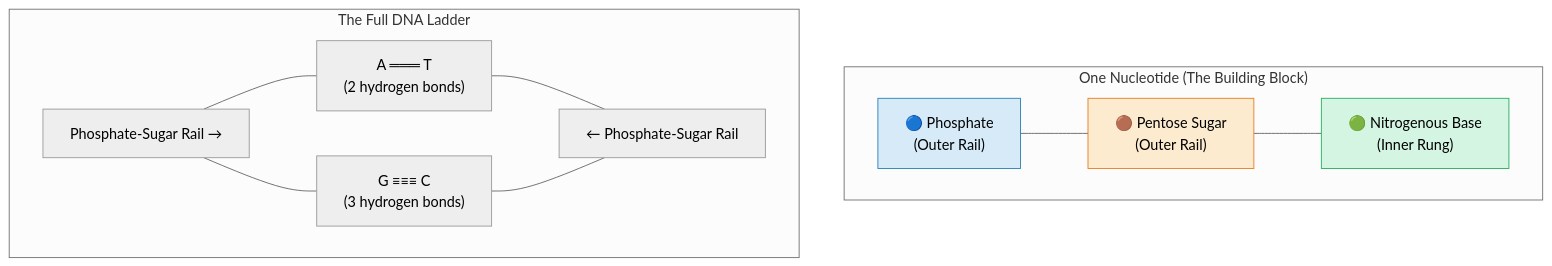
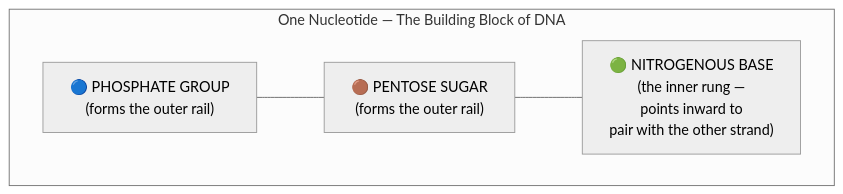
Before and after one commit to naveengarla/icse-10th-biology: the third of 5 diagrams in Chapter_02_Tutorial/2.3_Structure_of_Chromosomes.md, drawn with Mermaid (neutral theme). The commit also changed other lines of this file, not shown here.

````diff
--- a/Chapter_02_Tutorial/2.3_Structure_of_Chromosomes.md
+++ b/Chapter_02_Tutorial/2.3_Structure_of_Chromosomes.md
@@ -100,22 +156,16 @@
 ```mermaid
-graph TD
-    subgraph NUCLEOTIDE ["One Nucleotide (The Building Block)"]
+graph LR
+    subgraph NUC ["One Nucleotide — The Building Block of DNA"]
         direction LR
-        P["🔵 Phosphate\n(Outer Rail)"] --- S["🟤 Pentose Sugar\n(Outer Rail)"] --- B["🟢 Nitrogenous Base\n(Inner Rung)"]
+        P["🔵 PHOSPHATE GROUP
+        (forms the outer rail)"]
+        S["🟤 PENTOSE SUGAR
+        (forms the outer rail)"]
+        B["🟢 NITROGENOUS BASE
+        (the inner rung —
+        points inward to
+        pair with the other strand)"]
+
+        P --- S --- B
     end
-
-    subgraph LADDER ["The Full DNA Ladder"]
-        direction LR
-        Rail1["Phosphate-Sugar Rail →"]
-        Rail2["← Phosphate-Sugar Rail"]
-        Rung1["A ═══ T\n(2 hydrogen bonds)"]
-        Rung2["G ≡≡≡ C\n(3 hydrogen bonds)"]
-
-        Rail1 --- Rung1 --- Rail2
-        Rail1 --- Rung2 --- Rail2
-    end
-
-    style P fill:#d6eaf8,stroke:#2980b9
-    style S fill:#fdebd0,stroke:#e67e22
-    style B fill:#d5f5e3,stroke:#27ae60
 ```
````
